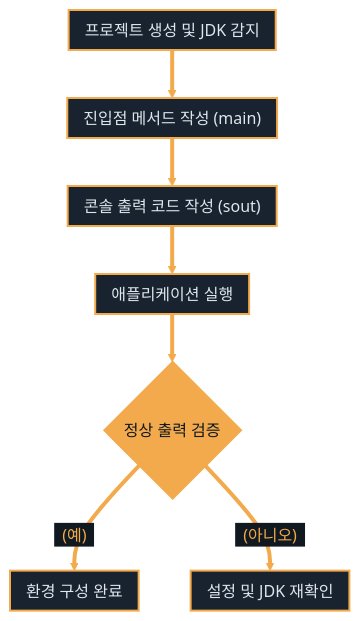
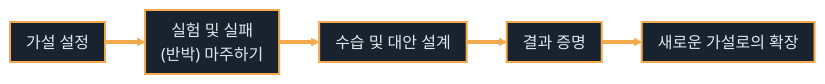
The diagram in slides.md (qus0in/slide-maker), drawn with Mermaid before and after one commit. The commit also changed other lines of this file, not shown here.

````diff
--- a/slides.md
+++ b/slides.md
@@ -161,26 +156,22 @@
 ```mermaid
 ---
 config:
   themeVariables:
     lineColor: "#F2AA4C"
     arrowheadColor: "#F2AA4C"
     edgeLabelBackground: "#101820"
   flowchart:
     padding: 8
-    nodeSpacing: 52
-    rankSpacing: 48
+    nodeSpacing: 40
+    rankSpacing: 40
 ---
-flowchart TD
-  A["프로젝트 생성 및 JDK 감지"] --> B["진입점 메서드 작성 (main)"]
-  B --> C["콘솔 출력 코드 작성 (sout)"]
-  C --> D["애플리케이션 실행"]
-  D --> E{"정상 출력 검증"}
-  E -->|"<span style='padding:8px;color:#F2AA4C;'>(예)</span>"| F["환경 구성 완료"]
-  E -->|"<span style='padding:8px;color:#F2AA4C;'>(아니오)</span>"| G["설정 및 JDK 재확인"]
+flowchart LR
+  A["가설 설정"] --> B["실험 및 실패<br>(반박) 마주하기"]
+  B --> C["수습 및 대안 설계"]
+  C --> D["결과 증명"]
+  D --> E["새로운 가설로의 확장"]
 
-  class A,B,C,D,F,G step
-  class E start
-  classDef start fill:#F2AA4C,stroke:#F2AA4C,color:#101820,stroke-width:2px
+  class A,B,C,D,E step
   classDef step fill:#18232F,stroke:#F2AA4C,color:#E0E6ED,stroke-width:2px
   linkStyle default stroke:#F2AA4C,stroke-width:4px
 ```
````
